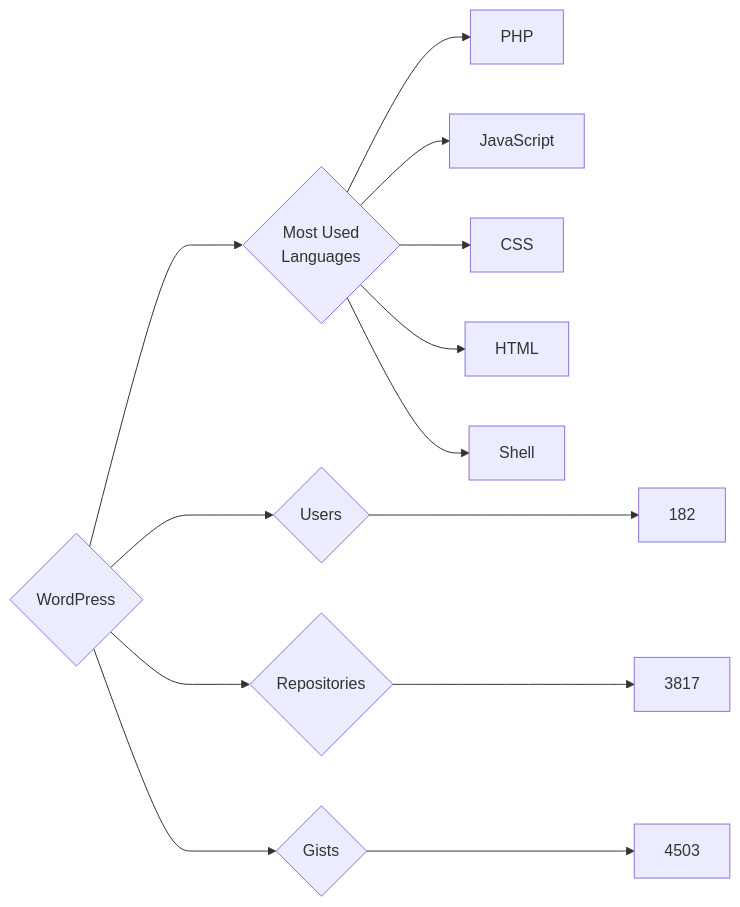
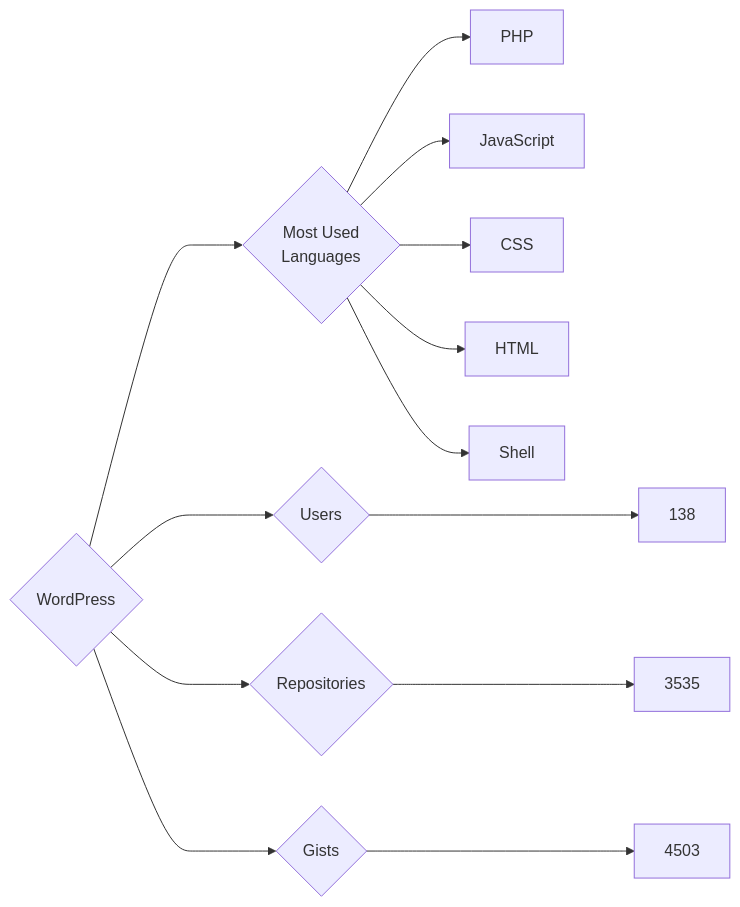
The diagram in targets/WordPress/README.md (trickest/insiders), drawn with Mermaid before and after one commit. The commit also changed 823 other files, not shown here.

````diff
--- a/targets/WordPress/README.md
+++ b/targets/WordPress/README.md
@@ -3,13 +3,13 @@
 ```mermaid
 graph LR
 COMPANY_NAME{WordPress}
-COMPANY_NAME ---> U{Users} ---> UN[182]
-COMPANY_NAME ---> R{Repositories} ---> RN[3817]
+COMPANY_NAME ---> U{Users} ---> UN[138]
+COMPANY_NAME ---> R{Repositories} ---> RN[3535]
 COMPANY_NAME ---> G{Gists} ---> GN[4503]
 COMPANY_NAME ---> ML{Most Used<br>Languages}
 ML --> PHP[PHP]
 ML --> JavaScript[JavaScript]
 ML --> CSS[CSS]
 ML --> HTML[HTML]
 ML --> Shell[Shell]
 ```
````
